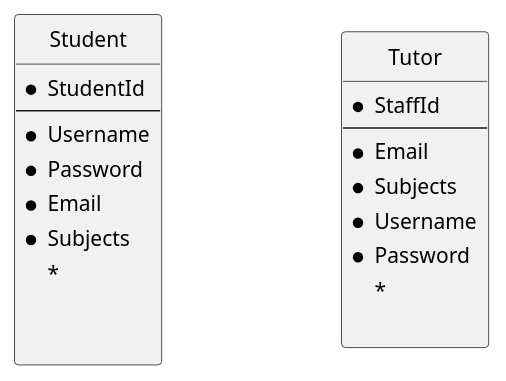
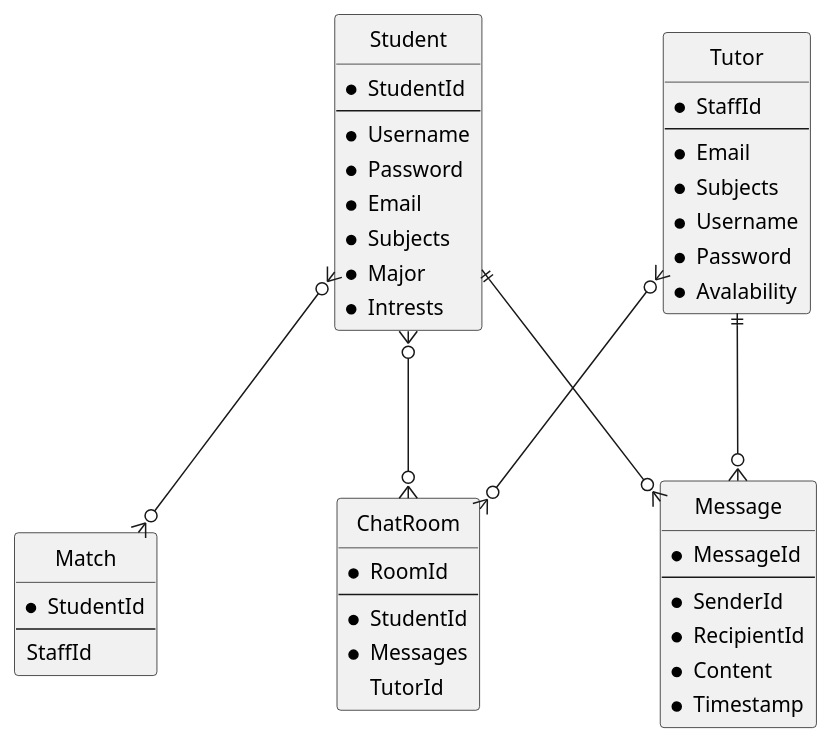
The diagram in StudyBuddy.puml (annikamarriner123/StudyBuddy), drawn with PlantUML before and after one commit.

Commit message:
Added new classes

```diff
--- a/StudyBuddy.puml
+++ b/StudyBuddy.puml
@@ -1,57 +1,91 @@
 @startuml
 
 skinparam {
   Style StrictUML
 
   ' make the stereotypes less ugly
   ClassStereotypeFont {
     Size 10
     Style plain
   }
 
   ' make boxes slightly less pointy
   RoundCorner 5
 
   ' make everything slightly less cramped
   Padding 2
 
   ' vertical spacing (make room for labels)
   RankSep 100
 
   ' horizontal spacing (make room for labels)
   NodeSep 120
 }
 
-
+'The students who will use the app
 class "Student" as student {
 * StudentId
 --
 * Username
 * Password
 * Email
 * Subjects
-* 
-
-
+* Major
+* Intrests
 }
 
+'Represents the tutors present on the app
 class "Tutor" as tutor{
 * StaffId
 --
 * Email
 * Subjects
 * Username
 * Password
-* 
+* Avalability
+}
 
+'Stores results when a match is made 
+'Should staffId be there as an optional thing?
+class "Match" as match{
+  *StudentId
+  --
+  StaffId 
 }
+
+'This represents messages between one user and another a DM
+class "Message" as msg {
+  * MessageId
+  --
+  * SenderId
+  * RecipientId
+  * Content
+  * Timestamp
+}
+
+
+'This is the group chat aspect where multiple tutors and students can be present
+entity "ChatRoom" as room {
+  * RoomId
+  --
+  * StudentId
+  * Messages
+  TutorId
+}
+
+
+student }o--o{ room
+tutor }o--o{ room
+student ||--o{ msg
+tutor ||--o{ msg
+student }o--o{ match
 
 
 
 
 
 
 
 
 
 @enduml
```
